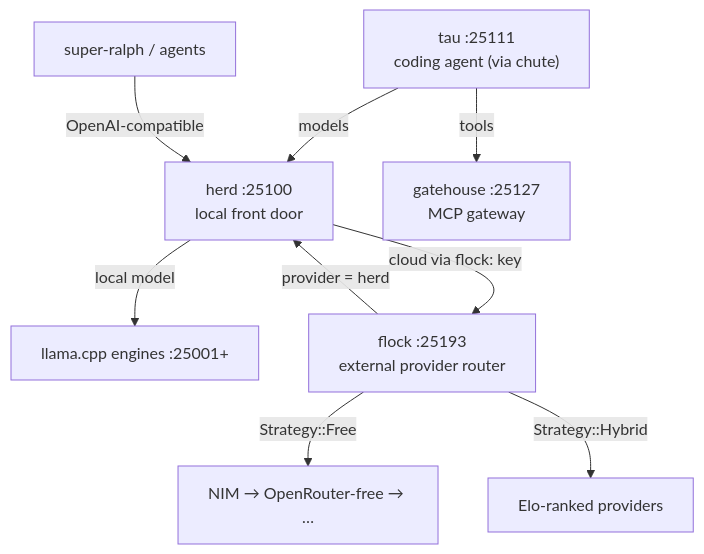
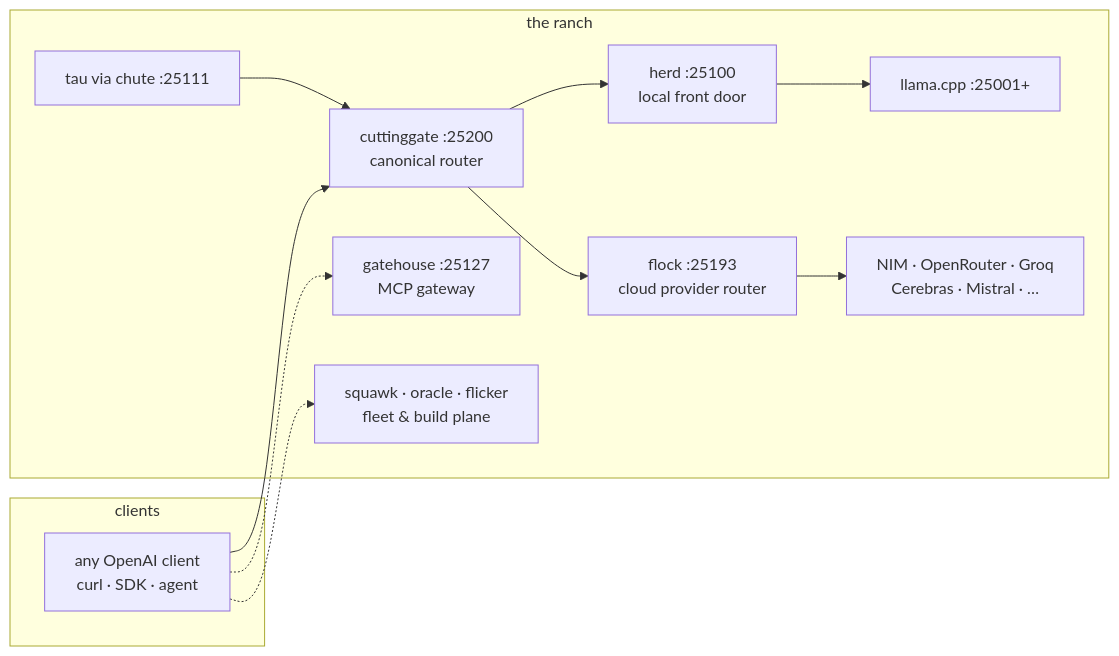
Before and after one commit to toxicwind/ranch: the diagram in README.md, drawn with Mermaid. The commit also changed other lines of this file and 5 other files, not shown here.

````diff
--- a/README.md
+++ b/README.md
@@ -186,11 +150,24 @@
 ```mermaid
-flowchart TD
-    tau["tau :25111<br/>coding agent (via chute)"] -->|models| herd["herd :25100<br/>local front door"]
-    tau -->|tools| gatehouse["gatehouse :25127<br/>MCP gateway"]
-    agents["super-ralph / agents"] -->|OpenAI-compatible| herd
-    herd -->|local model| engines["llama.cpp engines :25001+"]
-    herd -->|cloud via flock: key| flock["flock :25193<br/>external provider router"]
-    flock -->|Strategy::Free| free["NIM → OpenRouter-free → …"]
-    flock -->|Strategy::Hybrid| elo["Elo-ranked providers"]
-    flock -->|provider = herd| herd
+flowchart LR
+    subgraph clients["clients"]
+        A["any OpenAI client<br/>curl · SDK · agent"]
+    end
+    subgraph ranch["the ranch"]
+        CG["cuttinggate :25200<br/>canonical router"]
+        HERD["herd :25100<br/>local front door"]
+        FLOCK["flock :25193<br/>cloud provider router"]
+        ENG["llama.cpp :25001+"]
+        CLOUD["NIM · OpenRouter · Groq<br/>Cerebras · Mistral · …"]
+        TAU["tau via chute :25111"]
+        GH["gatehouse :25127<br/>MCP gateway"]
+        SUP["squawk · oracle · flicker<br/>fleet & build plane"]
+    end
+    A --> CG
+    TAU --> CG
+    CG --> HERD
+    CG --> FLOCK
+    HERD --> ENG
+    FLOCK --> CLOUD
+    A -.-> GH
+    A -.-> SUP
 ```
````
